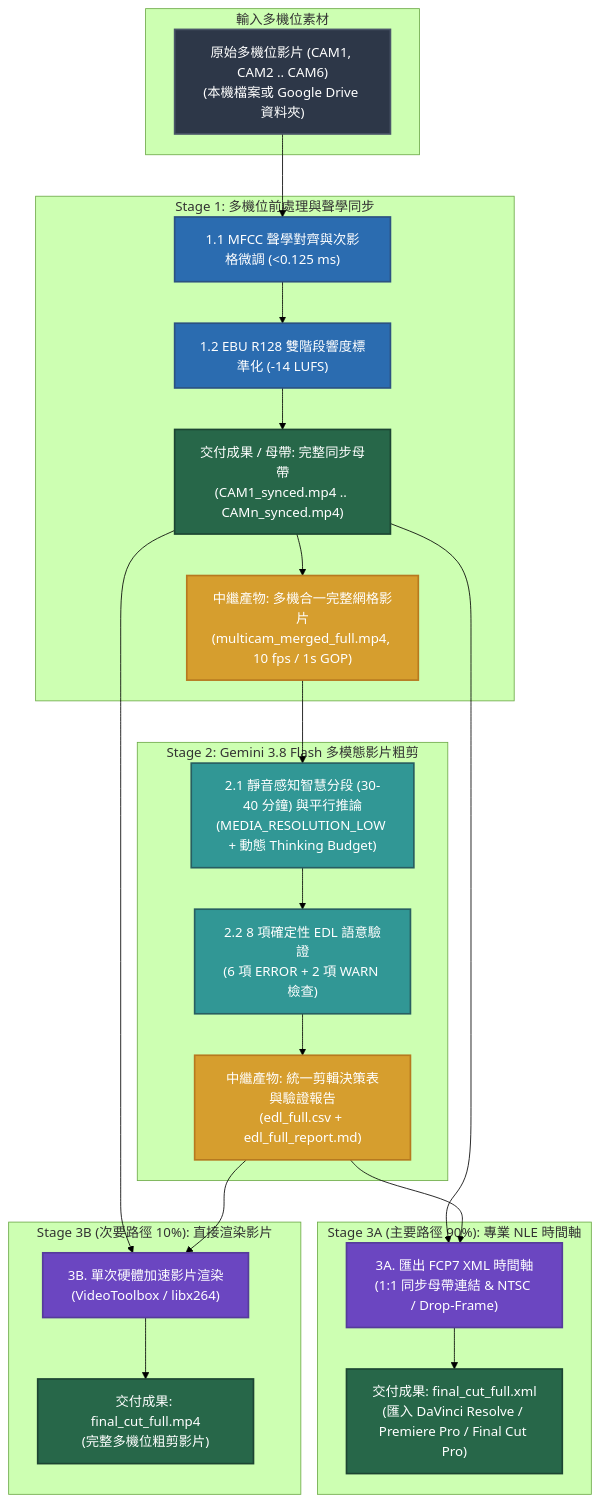
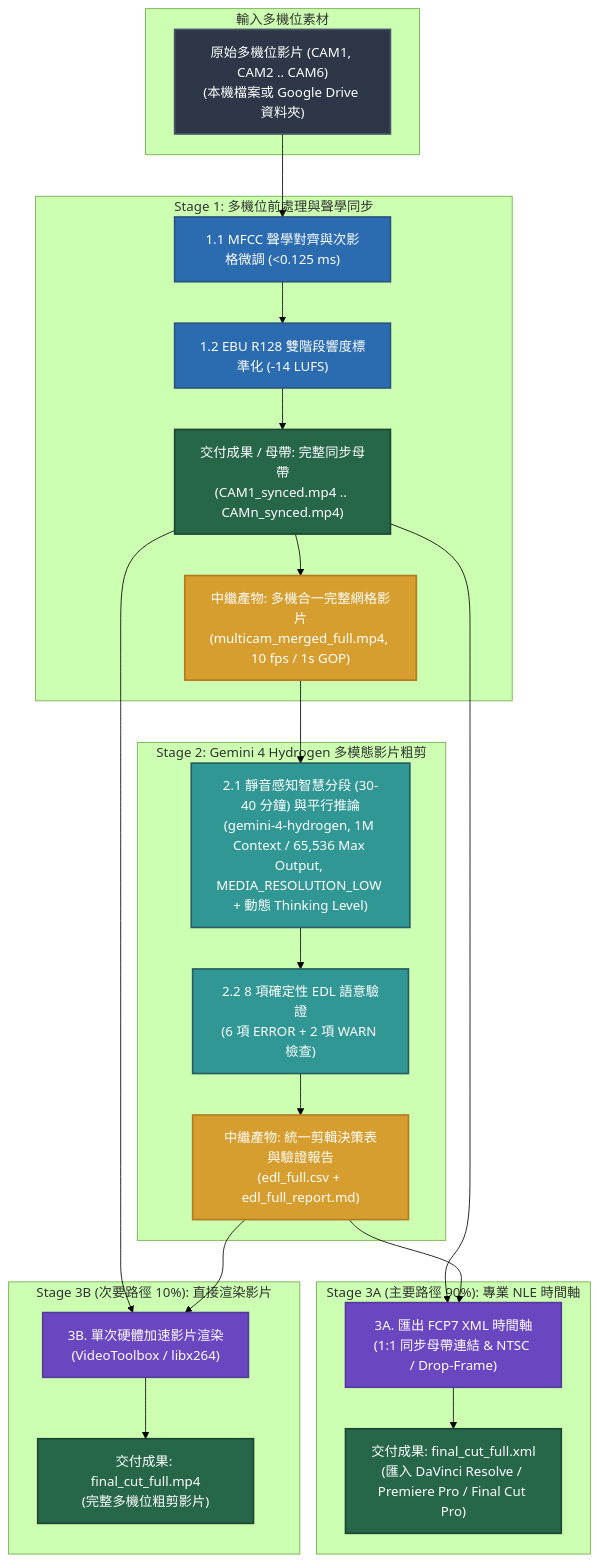
One commit to sylphlin/multicam-video-preprocessing changed the diagram in README.zh-TW.md. Above: the diagram before and after it, drawn with Mermaid (forest theme). The commit also changed other lines of this file and 13 other files, not shown here.

First line of the commit message:
feat(model): upgrade Stage 2 EDL model to Gemini 4 Hydrogen (gemini-4-hydrogen)

````diff
--- a/README.zh-TW.md
+++ b/README.zh-TW.md
@@ -78,50 +82,50 @@
 ```mermaid
 flowchart TD
     classDef inputStyle fill:#2D3748,stroke:#4A5568,stroke-width:2px,color:#fff;
     classDef stage1Style fill:#2B6CB0,stroke:#2C5282,stroke-width:2px,color:#fff;
     classDef stage2Style fill:#319795,stroke:#285E61,stroke-width:2px,color:#fff;
     classDef stage3Style fill:#6B46C1,stroke:#553C9A,stroke-width:2px,color:#fff;
     classDef artifactStyle fill:#D69E2E,stroke:#B7791F,stroke-width:2px,color:#fff;
     classDef outputStyle fill:#276749,stroke:#1C4532,stroke-width:2px,color:#fff;
 
     subgraph Inputs["輸入多機位素材"]
         A["原始多機位影片 (CAM1, CAM2 .. CAM6)<br/>(本機檔案或 Google Drive 資料夾)"]:::inputStyle
     end
 
     subgraph S1["Stage 1: 多機位前處理與聲學同步"]
         S1_1["1.1 MFCC 聲學對齊與次影格微調 (<0.125 ms)"]:::stage1Style
         S1_2["1.2 EBU R128 雙階段響度標準化 (-14 LUFS)"]:::stage1Style
         S1_3["交付成果 / 母帶: 完整同步母帶<br/>(CAM1_synced.mp4 .. CAMn_synced.mp4)"]:::outputStyle
         S1_4["中繼產物: 多機合一完整網格影片<br/>(multicam_merged_full.mp4, 10 fps / 1s GOP)"]:::artifactStyle
         S1_1 --> S1_2
         S1_2 --> S1_3
         S1_3 --> S1_4
     end
 
-    subgraph S2["Stage 2: Gemini 3.8 Flash 多模態影片粗剪"]
-        S2_1["2.1 靜音感知智慧分段 (30-40 分鐘) 與平行推論<br/>(MEDIA_RESOLUTION_LOW + 動態 Thinking Budget)"]:::stage2Style
+    subgraph S2["Stage 2: Gemini 4 Hydrogen 多模態影片粗剪"]
+        S2_1["2.1 靜音感知智慧分段 (30-40 分鐘) 與平行推論<br/>(gemini-4-hydrogen, 1M Context / 65,536 Max Output, MEDIA_RESOLUTION_LOW + 動態 Thinking Level)"]:::stage2Style
         S2_2["2.2 8 項確定性 EDL 語意驗證<br/>(6 項 ERROR + 2 項 WARN 檢查)"]:::stage2Style
         EDL["中繼產物: 統一剪輯決策表與驗證報告<br/>(edl_full.csv + edl_full_report.md)"]:::artifactStyle
         S2_1 --> S2_2
         S2_2 --> EDL
     end
 
     subgraph S3A["Stage 3A (主要路徑 90%): 專業 NLE 時間軸"]
         S3A_ACT["3A. 匯出 FCP7 XML 時間軸<br/>(1:1 同步母帶連結 & NTSC / Drop-Frame)"]:::stage3Style
         XML["交付成果: final_cut_full.xml<br/>(匯入 DaVinci Resolve / Premiere Pro / Final Cut Pro)"]:::outputStyle
         S3A_ACT --> XML
     end
 
     subgraph S3B["Stage 3B (次要路徑 10%): 直接渲染影片"]
         S3B_ACT["3B. 單次硬體加速影片渲染<br/>(VideoToolbox / libx264)"]:::stage3Style
         MP4["交付成果: final_cut_full.mp4<br/>(完整多機位粗剪影片)"]:::outputStyle
         S3B_ACT --> MP4
     end
 
     A --> S1_1
     S1_4 --> S2_1
     S1_3 --> S3A_ACT
     EDL --> S3A_ACT
     S1_3 --> S3B_ACT
     EDL --> S3B_ACT
 ```
````
